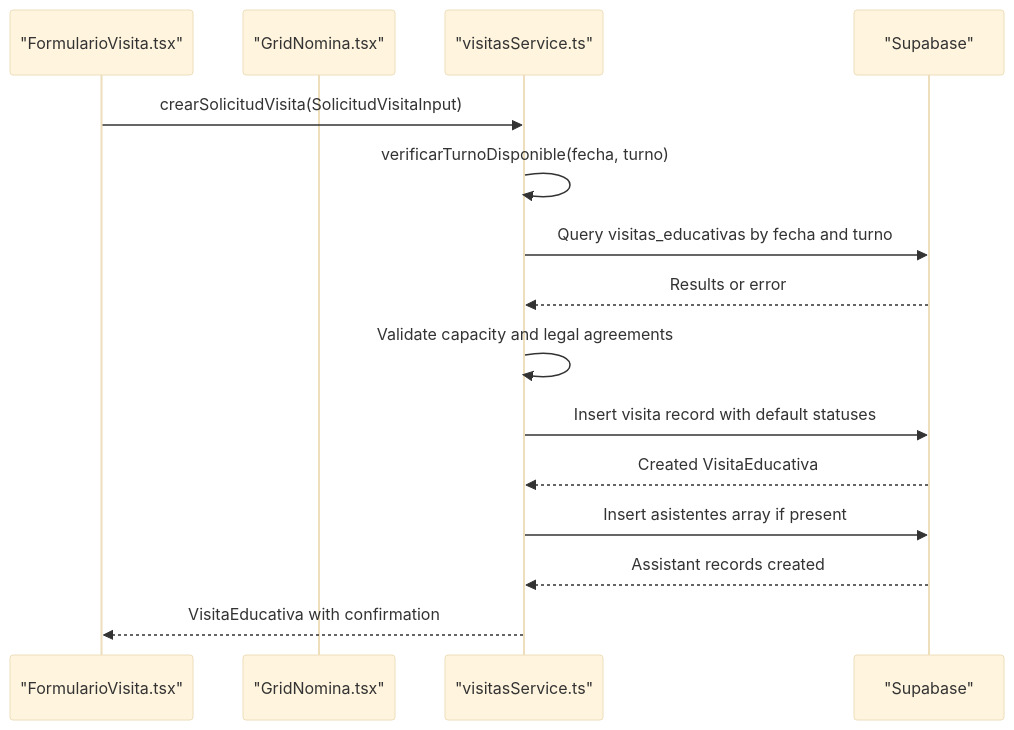
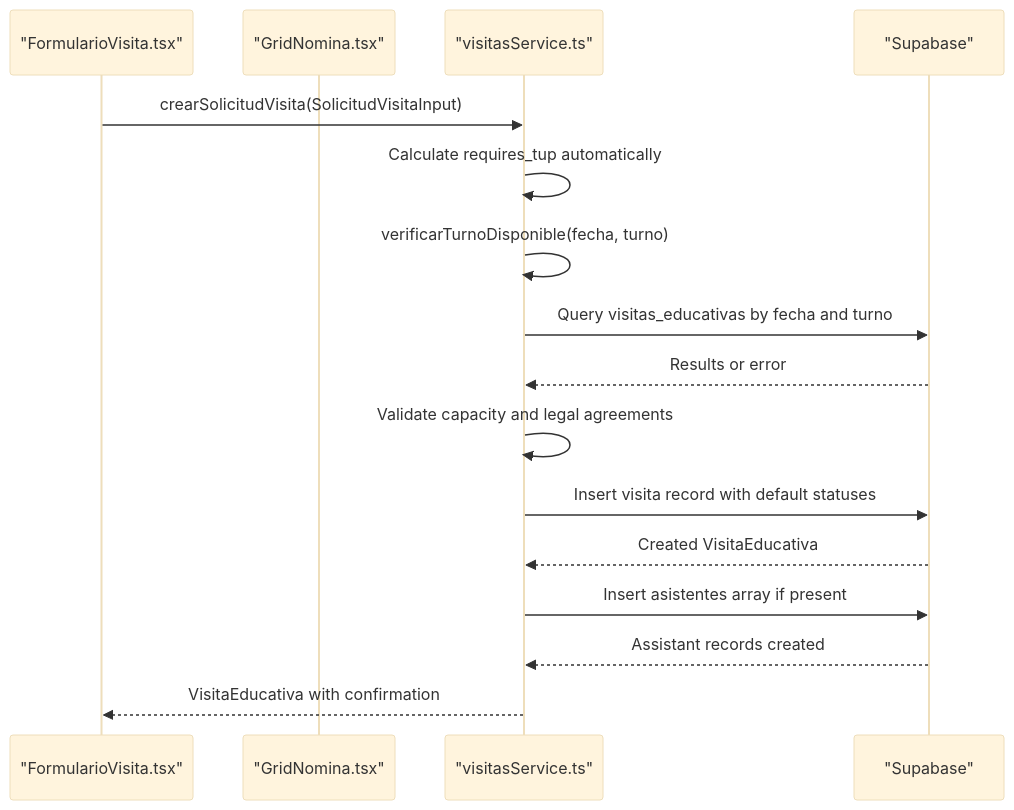
The second of 4 diagrams in .qoder/repowiki/en/content/Data Models & Type System.md (AgusCatra/simu-twin-web), drawn with Mermaid (base theme) before and after one commit. The commit also changed other lines of this file and 6 other files, not shown here.

First line of the commit message:
docs(visit-service): actualizar documentación con sistema simplificado y cálculo automático de TUP

````diff
--- a/.qoder/repowiki/en/content/Data Models & Type System.md
+++ b/.qoder/repowiki/en/content/Data Models & Type System.md
@@ -98,17 +99,18 @@
 ```mermaid
 sequenceDiagram
 participant UI as "FormularioVisita.tsx"
 participant Grid as "GridNomina.tsx"
 participant Service as "visitasService.ts"
 participant DB as "Supabase"
 UI->>Service : crearSolicitudVisita(SolicitudVisitaInput)
+Service->>Service : Calculate requires_tup automatically
 Service->>Service : verificarTurnoDisponible(fecha, turno)
 Service->>DB : Query visitas_educativas by fecha and turno
 DB-->>Service : Results or error
 Service->>Service : Validate capacity and legal agreements
 Service->>DB : Insert visita record with default statuses
 DB-->>Service : Created VisitaEducativa
 Service->>DB : Insert asistentes array if present
 DB-->>Service : Assistant records created
 Service-->>UI : VisitaEducativa with confirmation
 ```
````
